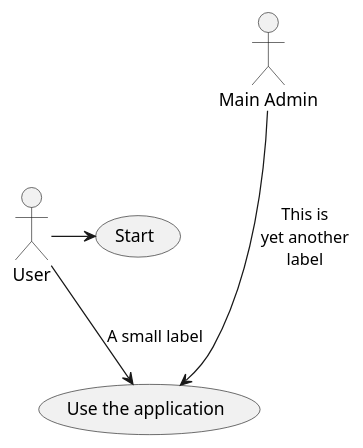
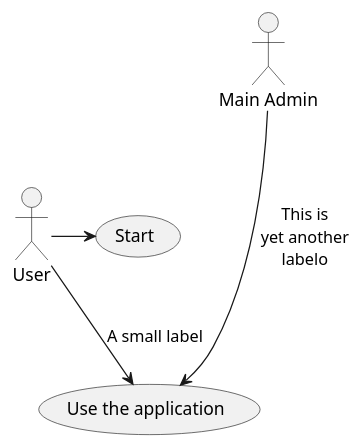
One commit to weichware10/meilensteine changed the diagram in meilenstein_05/.template/usecase-{modul}/usecase-{modul}.puml. Above: the diagram before and after it, drawn with PlantUML.

Commit message:
manual commit test

```diff
--- a/meilenstein_05/.template/usecase-{modul}/usecase-{modul}.puml
+++ b/meilenstein_05/.template/usecase-{modul}/usecase-{modul}.puml
@@ -1,9 +1,9 @@
 @startuml {modul}
 skinparam backgroundColor white
 
 User -> (Start)
 User --> (Use the application) : A small label
 
-:Main Admin: ---> (Use the application) : This is\nyet another\nlabel
+:Main Admin: ---> (Use the application) : This is\nyet another\nlabelo
 
 @enduml
```
